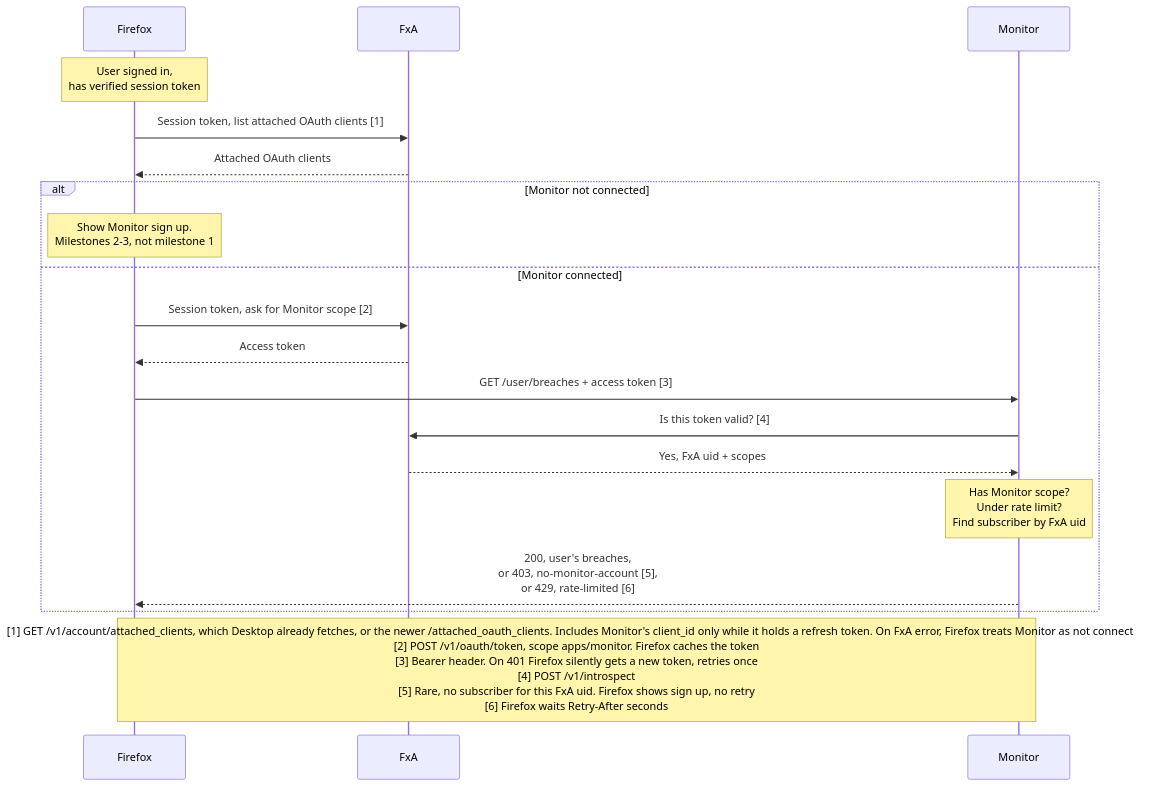
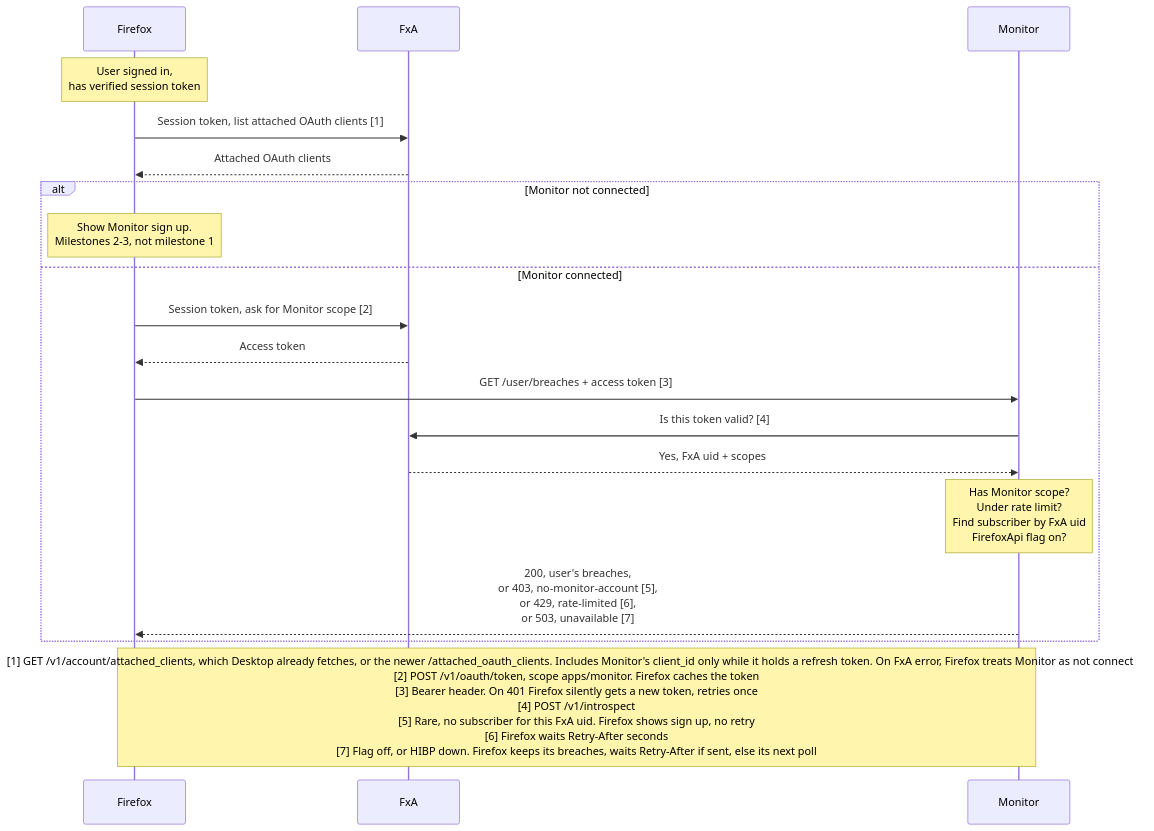
One commit to mozilla/blurts-server changed the diagram in docs/architecture/flows/firefox-api-auth.md. Above: the diagram before and after it, drawn with Mermaid. The commit also changed other lines of this file, not shown here.

Commit message:
docs(fx-api): document the FirefoxApi flag and HIBP 503

````diff
--- a/docs/architecture/flows/firefox-api-auth.md
+++ b/docs/architecture/flows/firefox-api-auth.md
@@ -39,23 +43,23 @@
 ```mermaid
 sequenceDiagram
     participant FE as Firefox
     participant FxA
     participant BE as Monitor
 
     Note over FE: User signed in,<br/>has verified session token
     FE->>FxA: Session token, list attached OAuth clients [1]
     FxA-->>FE: Attached OAuth clients
     alt Monitor not connected
         Note over FE: Show Monitor sign up.<br/>Milestones 2-3, not milestone 1
     else Monitor connected
         FE->>FxA: Session token, ask for Monitor scope [2]
         FxA-->>FE: Access token
         FE->>BE: GET /user/breaches + access token [3]
         BE->>FxA: Is this token valid? [4]
         FxA-->>BE: Yes, FxA uid + scopes
-        Note over BE: Has Monitor scope?<br/>Under rate limit?<br/>Find subscriber by FxA uid
-        BE-->>FE: 200, user's breaches,<br/>or 403, no-monitor-account [5],<br/>or 429, rate-limited [6]
+        Note over BE: Has Monitor scope?<br/>Under rate limit?<br/>Find subscriber by FxA uid<br/>FirefoxApi flag on?
+        BE-->>FE: 200, user's breaches,<br/>or 403, no-monitor-account [5],<br/>or 429, rate-limited [6],<br/>or 503, unavailable [7]
     end
 
-    Note over FE,BE: [1] GET /v1/account/attached_clients, which Desktop already fetches, or the newer /attached_oauth_clients. Includes Monitor's client_id only while it holds a refresh token. On FxA error, Firefox treats Monitor as not connected<br/>[2] POST /v1/oauth/token, scope apps/monitor. Firefox caches the token<br/>[3] Bearer header. On 401 Firefox silently gets a new token, retries once<br/>[4] POST /v1/introspect<br/>[5] Rare, no subscriber for this FxA uid. Firefox shows sign up, no retry<br/>[6] Firefox waits Retry-After seconds
+    Note over FE,BE: [1] GET /v1/account/attached_clients, which Desktop already fetches, or the newer /attached_oauth_clients. Includes Monitor's client_id only while it holds a refresh token. On FxA error, Firefox treats Monitor as not connected<br/>[2] POST /v1/oauth/token, scope apps/monitor. Firefox caches the token<br/>[3] Bearer header. On 401 Firefox silently gets a new token, retries once<br/>[4] POST /v1/introspect<br/>[5] Rare, no subscriber for this FxA uid. Firefox shows sign up, no retry<br/>[6] Firefox waits Retry-After seconds<br/>[7] Flag off, or HIBP down. Firefox keeps its breaches, waits Retry-After if sent, else its next poll
 ```
````
